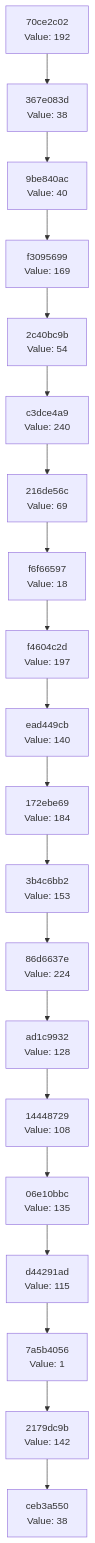
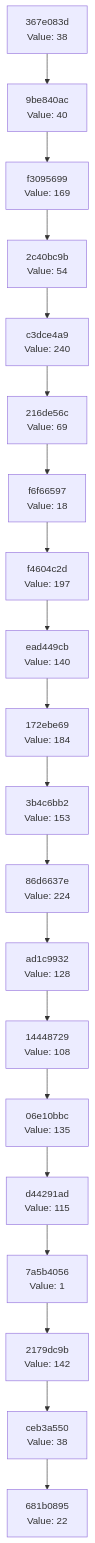
The diagram in docs/CHAIN_VISUALIZATION.md (Abhisheksinha1506/hash-chain-evolver), drawn with Mermaid before and after one commit. The commit also changed 2 other files, not shown here.

Commit message:
Evolution Step

````diff
--- a/docs/CHAIN_VISUALIZATION.md
+++ b/docs/CHAIN_VISUALIZATION.md
@@ -3,42 +3,42 @@
 ```mermaid
 graph TD
-    C0["ceb3a550<br/>Value: 38"]
-    C1["2179dc9b<br/>Value: 142"]
+    C0["681b0895<br/>Value: 22"]
+    C1["ceb3a550<br/>Value: 38"]
     C1 --> C0
-    C2["7a5b4056<br/>Value: 1"]
+    C2["2179dc9b<br/>Value: 142"]
     C2 --> C1
-    C3["d44291ad<br/>Value: 115"]
+    C3["7a5b4056<br/>Value: 1"]
     C3 --> C2
-    C4["06e10bbc<br/>Value: 135"]
+    C4["d44291ad<br/>Value: 115"]
     C4 --> C3
-    C5["14448729<br/>Value: 108"]
+    C5["06e10bbc<br/>Value: 135"]
     C5 --> C4
-    C6["ad1c9932<br/>Value: 128"]
+    C6["14448729<br/>Value: 108"]
     C6 --> C5
-    C7["86d6637e<br/>Value: 224"]
+    C7["ad1c9932<br/>Value: 128"]
     C7 --> C6
-    C8["3b4c6bb2<br/>Value: 153"]
+    C8["86d6637e<br/>Value: 224"]
     C8 --> C7
-    C9["172ebe69<br/>Value: 184"]
+    C9["3b4c6bb2<br/>Value: 153"]
     C9 --> C8
-    C10["ead449cb<br/>Value: 140"]
+    C10["172ebe69<br/>Value: 184"]
     C10 --> C9
-    C11["f4604c2d<br/>Value: 197"]
+    C11["ead449cb<br/>Value: 140"]
     C11 --> C10
-    C12["f6f66597<br/>Value: 18"]
+    C12["f4604c2d<br/>Value: 197"]
     C12 --> C11
-    C13["216de56c<br/>Value: 69"]
+    C13["f6f66597<br/>Value: 18"]
     C13 --> C12
-    C14["c3dce4a9<br/>Value: 240"]
+    C14["216de56c<br/>Value: 69"]
     C14 --> C13
-    C15["2c40bc9b<br/>Value: 54"]
+    C15["c3dce4a9<br/>Value: 240"]
     C15 --> C14
-    C16["f3095699<br/>Value: 169"]
+    C16["2c40bc9b<br/>Value: 54"]
     C16 --> C15
-    C17["9be840ac<br/>Value: 40"]
+    C17["f3095699<br/>Value: 169"]
     C17 --> C16
-    C18["367e083d<br/>Value: 38"]
+    C18["9be840ac<br/>Value: 40"]
     C18 --> C17
-    C19["70ce2c02<br/>Value: 192"]
+    C19["367e083d<br/>Value: 38"]
     C19 --> C18
 ```
````
